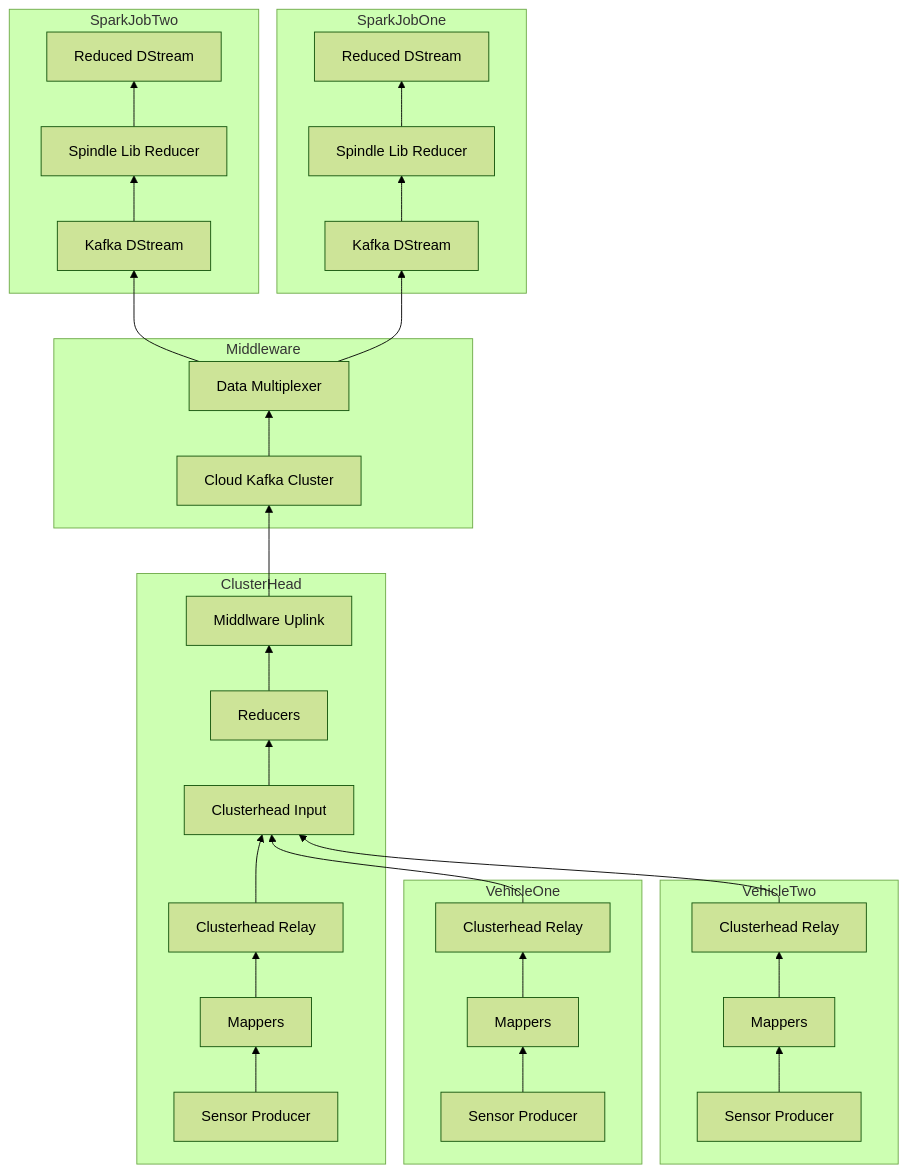
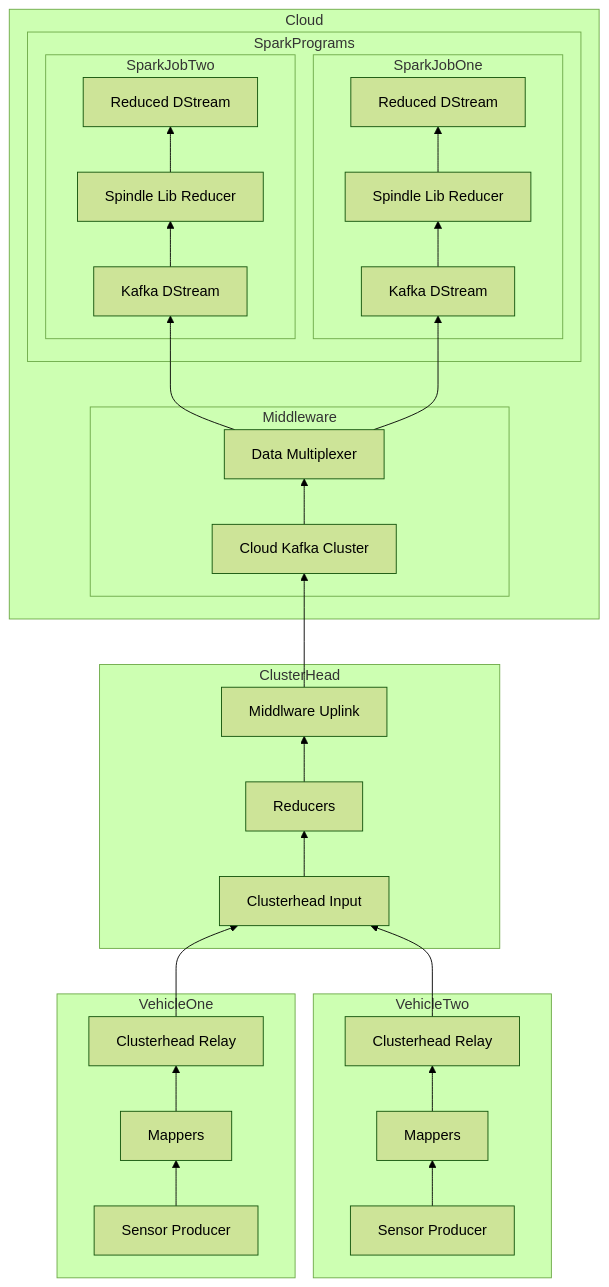
One commit to akaanirban/NSL-Spindle changed the diagram in Thesis/visuals/theoretical-system.mmd. Above: the diagram before and after it, drawn with Mermaid (forest theme).

Commit message:
Updated system diagram with nested boxes

```diff
--- a/Thesis/visuals/theoretical-system.mmd
+++ b/Thesis/visuals/theoretical-system.mmd
@@ -1,33 +1,34 @@
 graph BT
-  subgraph SparkJobOne
-    KD1[Kafka DStream]-->SLR1[Spindle Lib Reducer]
-    SLR1 --> RDS1[Reduced DStream]
-  end
-  subgraph SparkJobTwo
-    KD2[Kafka DStream]-->SLR2[Spindle Lib Reducer]
-    SLR2 --> RDS2[Reduced DStream]
-  end
-  subgraph Middleware
-    KC[Cloud Kafka Cluster]
-    KC --> DM[Data Multiplexer]
-    DM --> KD1
-    DM --> KD2
-  end
-  subgraph ClusterHead
-      SP0[Sensor Producer] --> M0[Mapeprs]
-      M0[Mappers] --> CR0[Clusterhead Relay]
-      CR0 --> CI[Clusterhead Input]
-      CI --> Reducers
-      Reducers --> MU[Middlware Uplink]
-      MU --> KC
-  end
-  subgraph VehicleOne
-    SP1[Sensor Producer] --> M1[Mapeprs]
-    M1[Mappers] --> CR1[Clusterhead Relay]
-    CR1 --> CI
-  end
-  subgraph VehicleTwo
-    SP2[Sensor Producer] --> M2[Mapeprs]
-    M2[Mappers] --> CR2[Clusterhead Relay]
-    CR2 --> CI
-  end
+    subgraph Cloud
+        subgraph SparkPrograms
+            subgraph SparkJobOne
+                KD1[Kafka DStream]-->SLR1[Spindle Lib Reducer]
+                SLR1 --> RDS1[Reduced DStream]
+            end
+            subgraph SparkJobTwo
+                KD2[Kafka DStream]-->SLR2[Spindle Lib Reducer]
+                SLR2 --> RDS2[Reduced DStream]
+            end
+        end
+        subgraph Middleware
+            KC[Cloud Kafka Cluster]
+            KC --> DM[Data Multiplexer]
+            DM --> KD1
+            DM --> KD2
+        end
+    end
+    subgraph ClusterHead
+        CI[Clusterhead Input] --> Reducers
+        Reducers --> MU[Middlware Uplink]
+        MU --> KC
+    end
+    subgraph VehicleOne
+        SP1[Sensor Producer] --> M1[Mapeprs]
+        M1[Mappers] --> CR1[Clusterhead Relay]
+        CR1 --> CI
+    end
+    subgraph VehicleTwo
+        SP2[Sensor Producer] --> M2[Mapeprs]
+        M2[Mappers] --> CR2[Clusterhead Relay]
+        CR2 --> CI
+    end
```
